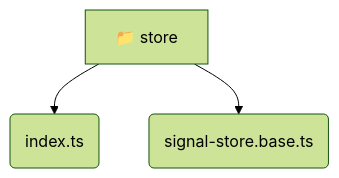
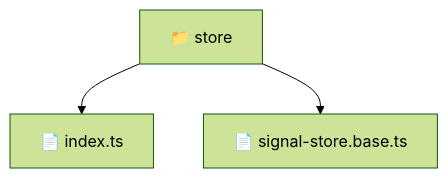
Before and after one commit to beginwebdev2002/fullstack-mavluda: the diagram in frontend/src/shared/store/README.md, drawn with Mermaid (forest theme). The commit also changed other lines of this file and 163 other files, not shown here.

````diff
--- a/frontend/src/shared/store/README.md
+++ b/frontend/src/shared/store/README.md
@@ -11,6 +10,6 @@
 ```mermaid
 graph TD
-  store[📁 store]
-  store --> store_index_ts(index.ts)
-  store --> store_signal_store_base_ts(signal-store.base.ts)
+  Root["📁 store"]
+  Root --> indexts["📄 index.ts"]
+  Root --> signalstorebasets["📄 signal-store.base.ts"]
 ```
````
